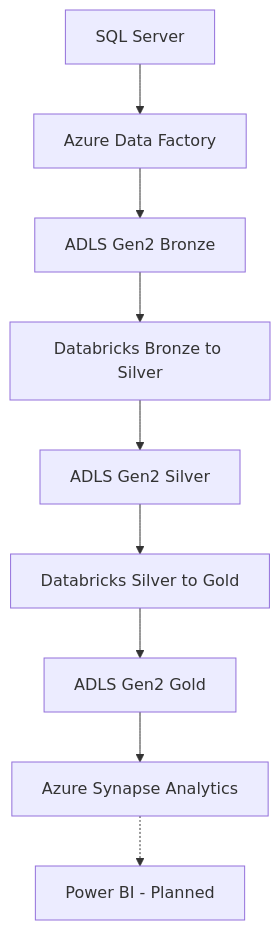
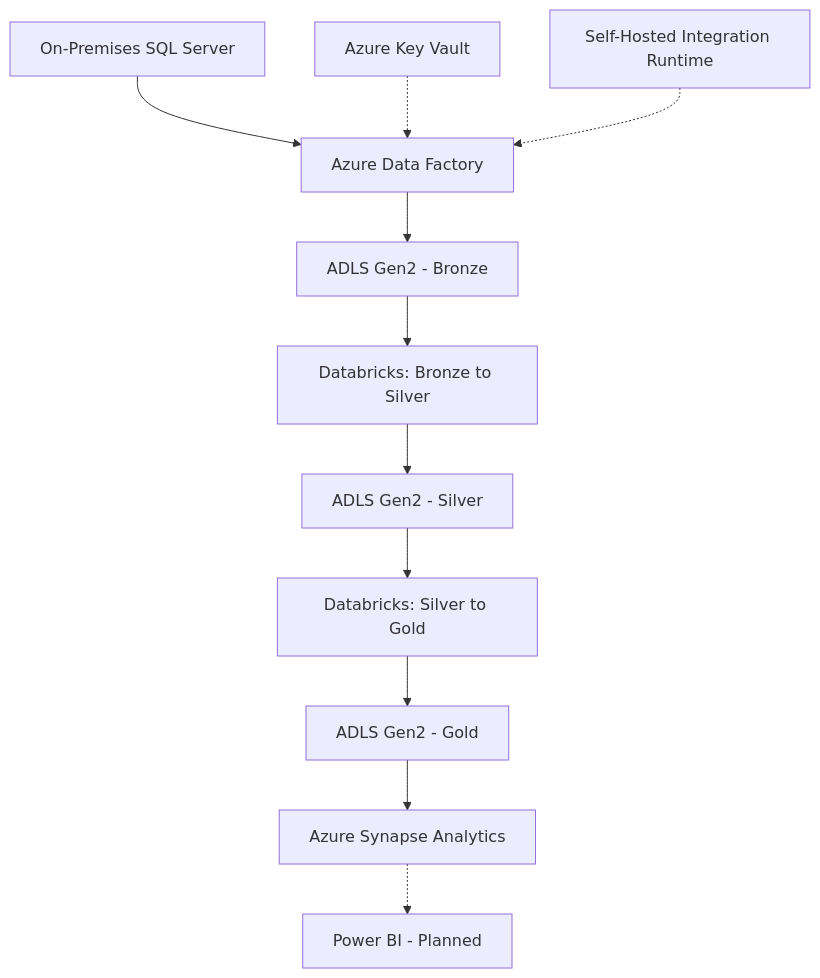
The diagram in README.md (yuva10/Azure-Data-Engineering-Project), drawn with Mermaid before and after one commit. The commit also changed other lines of this file, not shown here.

````diff
--- a/README.md
+++ b/README.md
@@ -10,11 +10,14 @@
 ```mermaid
 flowchart TD
-    A[SQL Server] --> B[Azure Data Factory]
-    B --> C[ADLS Gen2 Bronze]
-    C --> D[Databricks Bronze to Silver]
-    D --> E[ADLS Gen2 Silver]
-    E --> F[Databricks Silver to Gold]
-    F --> G[ADLS Gen2 Gold]
-    G --> H[Azure Synapse Analytics]
-    H -.-> I[Power BI - Planned]
+    A["On-Premises SQL Server"] --> B["Azure Data Factory"]
+    B --> C["ADLS Gen2 - Bronze"]
+    C --> D["Databricks: Bronze to Silver"]
+    D --> E["ADLS Gen2 - Silver"]
+    E --> F["Databricks: Silver to Gold"]
+    F --> G["ADLS Gen2 - Gold"]
+    G --> H["Azure Synapse Analytics"]
+    H -.-> I["Power BI - Planned"]
+
+    J["Azure Key Vault"] -.-> B
+    K["Self-Hosted Integration Runtime"] -.-> B
 ```
````
